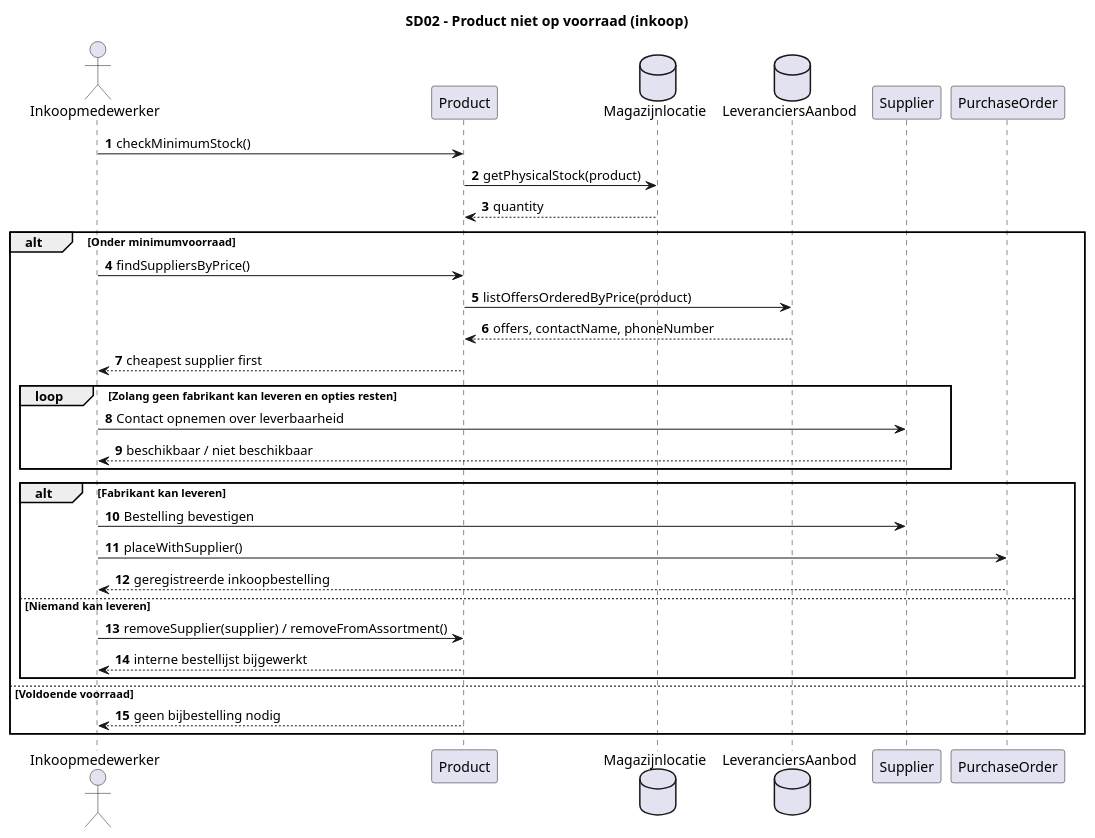
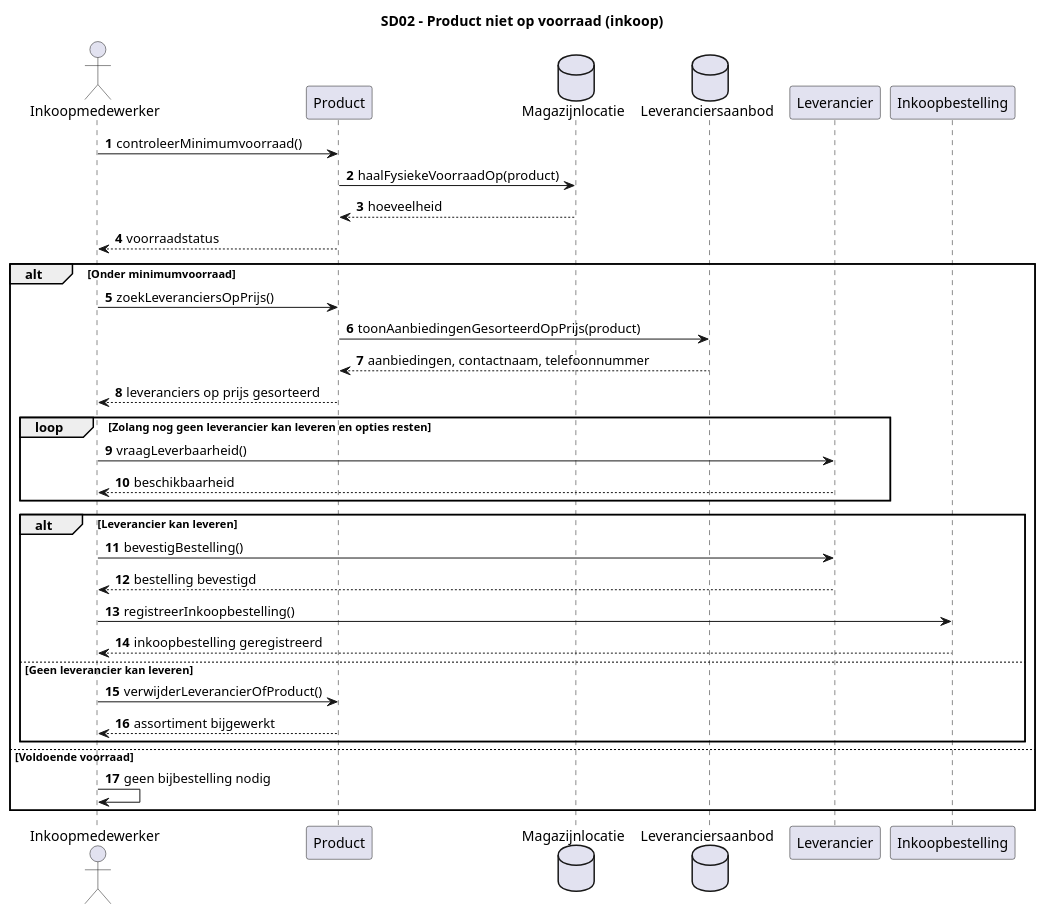
One commit to ViktorQorri/Project-Timaflu changed the diagram in Documentation/Architecture/uml/src/sequence_diagrams/SD02_ProductNietOpVoorraad.puml. Above: the diagram before and after it, drawn with PlantUML. The commit also changed 9 other files, not shown here.

Commit message:
Fix sequence diagram review comments and regenerate SVGs

```diff
--- a/Documentation/Architecture/uml/src/sequence_diagrams/SD02_ProductNietOpVoorraad.puml
+++ b/Documentation/Architecture/uml/src/sequence_diagrams/SD02_ProductNietOpVoorraad.puml
@@ -1,33 +1,36 @@
 @startuml
 title SD02 - Product niet op voorraad (inkoop)
 autonumber
 actor "Inkoopmedewerker" as I
 participant "Product" as P
 database "Magazijnlocatie" as M
-database "LeveranciersAanbod" as A
-participant "Supplier" as L
-participant "PurchaseOrder" as PO
-I -> P: checkMinimumStock()
-P -> M: getPhysicalStock(product)
-M --> P: quantity
+database "Leveranciersaanbod" as A
+participant "Leverancier" as L
+participant "Inkoopbestelling" as PO
+
+I -> P: controleerMinimumvoorraad()
+P -> M: haalFysiekeVoorraadOp(product)
+M --> P: hoeveelheid
+P --> I: voorraadstatus
 alt Onder minimumvoorraad
- I -> P: findSuppliersByPrice()
- P -> A: listOffersOrderedByPrice(product)
- A --> P: offers, contactName, phoneNumber
- P --> I: cheapest supplier first
- loop Zolang geen fabrikant kan leveren en opties resten
-   I -> L: Contact opnemen over leverbaarheid
-   L --> I: beschikbaar / niet beschikbaar
- end
- alt Fabrikant kan leveren
-   I -> L: Bestelling bevestigen
-   I -> PO: placeWithSupplier()
-   PO --> I: geregistreerde inkoopbestelling
- else Niemand kan leveren
-   I -> P: removeSupplier(supplier) / removeFromAssortment()
-   P --> I: interne bestellijst bijgewerkt
- end
+  I -> P: zoekLeveranciersOpPrijs()
+  P -> A: toonAanbiedingenGesorteerdOpPrijs(product)
+  A --> P: aanbiedingen, contactnaam, telefoonnummer
+  P --> I: leveranciers op prijs gesorteerd
+  loop Zolang nog geen leverancier kan leveren en opties resten
+    I -> L: vraagLeverbaarheid()
+    L --> I: beschikbaarheid
+  end
+  alt Leverancier kan leveren
+    I -> L: bevestigBestelling()
+    L --> I: bestelling bevestigd
+    I -> PO: registreerInkoopbestelling()
+    PO --> I: inkoopbestelling geregistreerd
+  else Geen leverancier kan leveren
+    I -> P: verwijderLeverancierOfProduct()
+    P --> I: assortiment bijgewerkt
+  end
 else Voldoende voorraad
- P --> I: geen bijbestelling nodig
+  I -> I: geen bijbestelling nodig
 end
 @enduml
```
